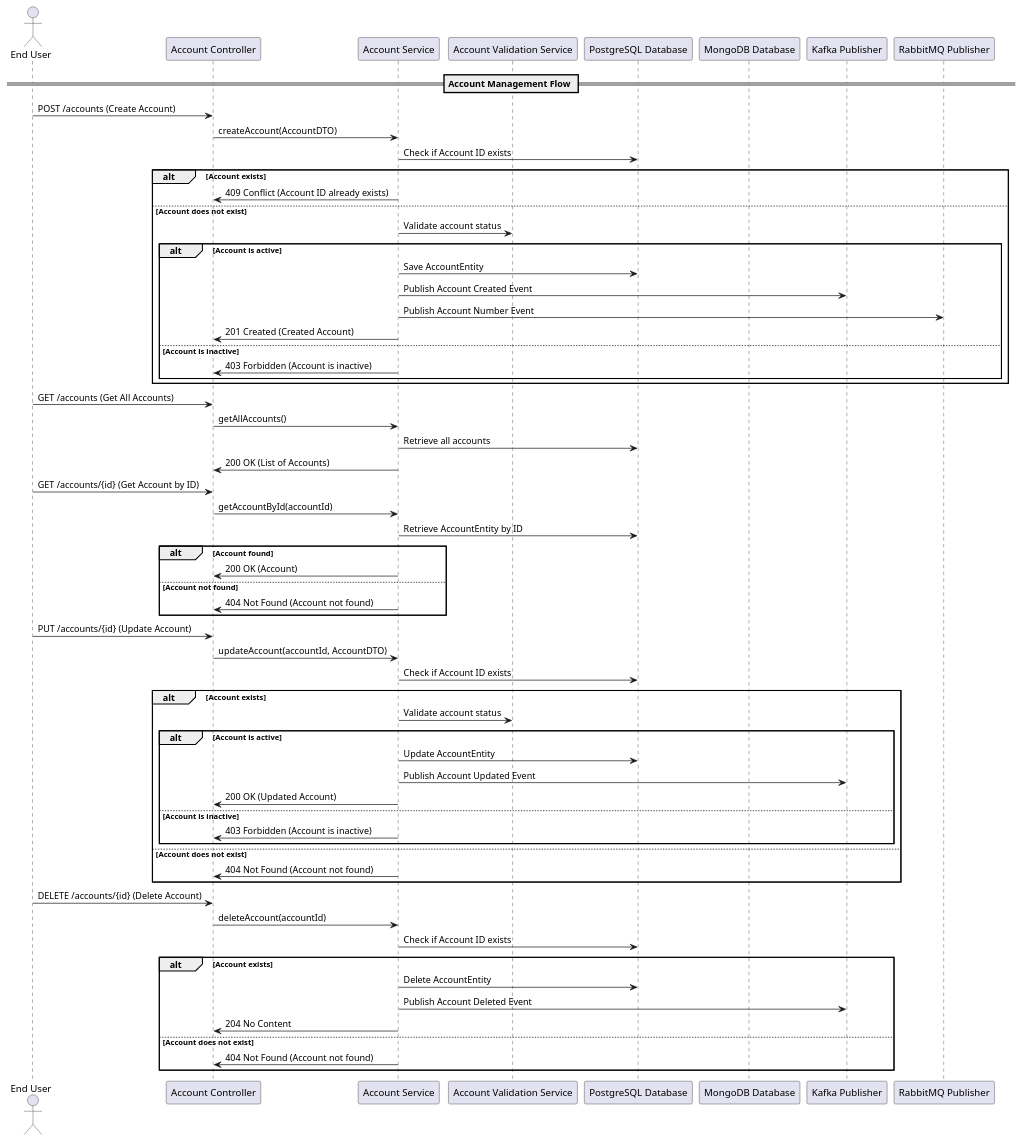
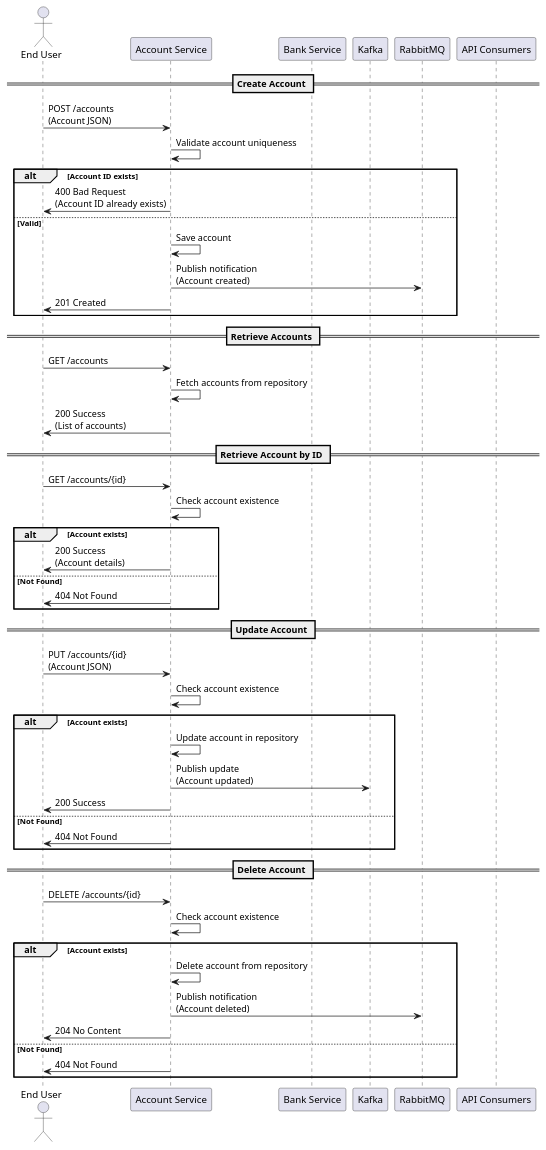
Before and after one commit to Bhaskar-Pavan/AccountService: the diagram in design_document/AccountService.md, drawn with PlantUML. The commit also changed other lines of this file, not shown here.

````diff
--- a/design_document/AccountService.md
+++ b/design_document/AccountService.md
@@ -38,73 +35,58 @@
 ```plantuml
 @startuml
 actor "End User" as User
-participant "Account Controller" as Controller
-participant "Account Service" as Service
-participant "Account Validation Service" as ValidationService
-participant "PostgreSQL Database" as PostgreSQL
-participant "MongoDB Database" as MongoDB
-participant "Kafka Publisher" as Kafka
-participant "RabbitMQ Publisher" as RabbitMQ
+participant "Account Service" as AccountService
+participant "Bank Service" as BankService
+participant "Kafka" as Kafka
+participant "RabbitMQ" as RabbitMQ
+participant "API Consumers" as ApiConsumers
 
-== Account Management Flow ==
-
-User -> Controller: POST /accounts (Create Account)
-Controller -> Service: createAccount(AccountDTO)
-Service -> PostgreSQL: Check if Account ID exists
-alt Account exists
-    Service -> Controller: 409 Conflict (Account ID already exists)
-else Account does not exist
-    Service -> ValidationService: Validate account status
-    alt Account is active
-        Service -> PostgreSQL: Save AccountEntity
-        Service -> Kafka: Publish Account Created Event
-        Service -> RabbitMQ: Publish Account Number Event
-        Service -> Controller: 201 Created (Created Account)
-    else Account is inactive
-        Service -> Controller: 403 Forbidden (Account is inactive)
-    end
+== Create Account ==
+User -> AccountService : POST /accounts\n(Account JSON)
+AccountService -> AccountService : Validate account uniqueness
+alt Account ID exists
+    AccountService -> User : 400 Bad Request\n(Account ID already exists)
+else Valid
+    AccountService -> AccountService : Save account
+    AccountService -> RabbitMQ : Publish notification\n(Account created)
+    AccountService -> User : 201 Created
 end
 
-User -> Controller: GET /accounts (Get All Accounts)
-Controller -> Service: getAllAccounts()
-Service -> PostgreSQL: Retrieve all accounts
-Service -> Controller: 200 OK (List of Accounts)
+== Retrieve Accounts ==
+User -> AccountService : GET /accounts
+AccountService -> AccountService : Fetch accounts from repository
+AccountService -> User : 200 Success\n(List of accounts)
 
-User -> Controller: GET /accounts/{id} (Get Account by ID)
-Controller -> Service: getAccountById(accountId)
-Service -> PostgreSQL: Retrieve AccountEntity by ID
-alt Account found
-    Service -> Controller: 200 OK (Account)
-else Account not found
-    Service -> Controller: 404 Not Found (Account not found)
+== Retrieve Account by ID ==
+User -> AccountService : GET /accounts/{id}
+AccountService -> AccountService : Check account existence
+alt Account exists
+    AccountService -> User : 200 Success\n(Account details)
+else Not Found
+    AccountService -> User : 404 Not Found
 end
 
-User -> Controller: PUT /accounts/{id} (Update Account)
-Controller -> Service: updateAccount(accountId, AccountDTO)
-Service -> PostgreSQL: Check if Account ID exists
+== Update Account ==
+User -> AccountService : PUT /accounts/{id}\n(Account JSON)
+AccountService -> AccountService : Check account existence
 alt Account exists
-    Service -> ValidationService: Validate account status
-    alt Account is active
-        Service -> PostgreSQL: Update AccountEntity
-        Service -> Kafka: Publish Account Updated Event
-        Service -> Controller: 200 OK (Updated Account)
-    else Account is inactive
-        Service -> Controller: 403 Forbidden (Account is inactive)
-    end
-else Account does not exist
-    Service -> Controller: 404 Not Found (Account not found)
+    AccountService -> AccountService : Update account in repository
+    AccountService -> Kafka : Publish update\n(Account updated)
+    AccountService -> User : 200 Success
+else Not Found
+    AccountService -> User : 404 Not Found
 end
 
-User -> Controller: DELETE /accounts/{id} (Delete Account)
-Controller -> Service: deleteAccount(accountId)
-Service -> PostgreSQL: Check if Account ID exists
+== Delete Account ==
+User -> AccountService : DELETE /accounts/{id}
+AccountService -> AccountService : Check account existence
 alt Account exists
-    Service -> PostgreSQL: Delete AccountEntity
-    Service -> Kafka: Publish Account Deleted Event
-    Service -> Controller: 204 No Content
-else Account does not exist
-    Service -> Controller: 404 Not Found (Account not found)
+    AccountService -> AccountService : Delete account from repository
+    AccountService -> RabbitMQ : Publish notification\n(Account deleted)
+    AccountService -> User : 204 No Content
+else Not Found
+    AccountService -> User : 404 Not Found
 end
 
 @enduml
 ```
````
